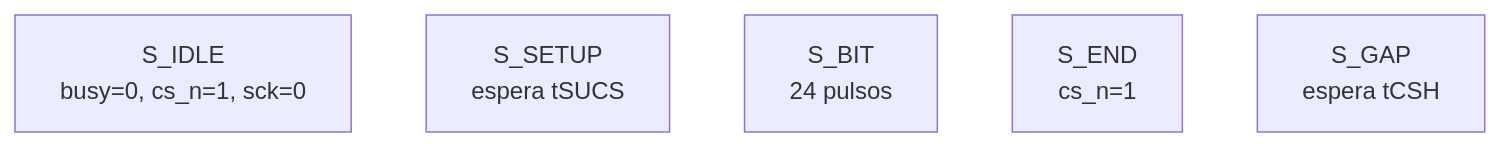
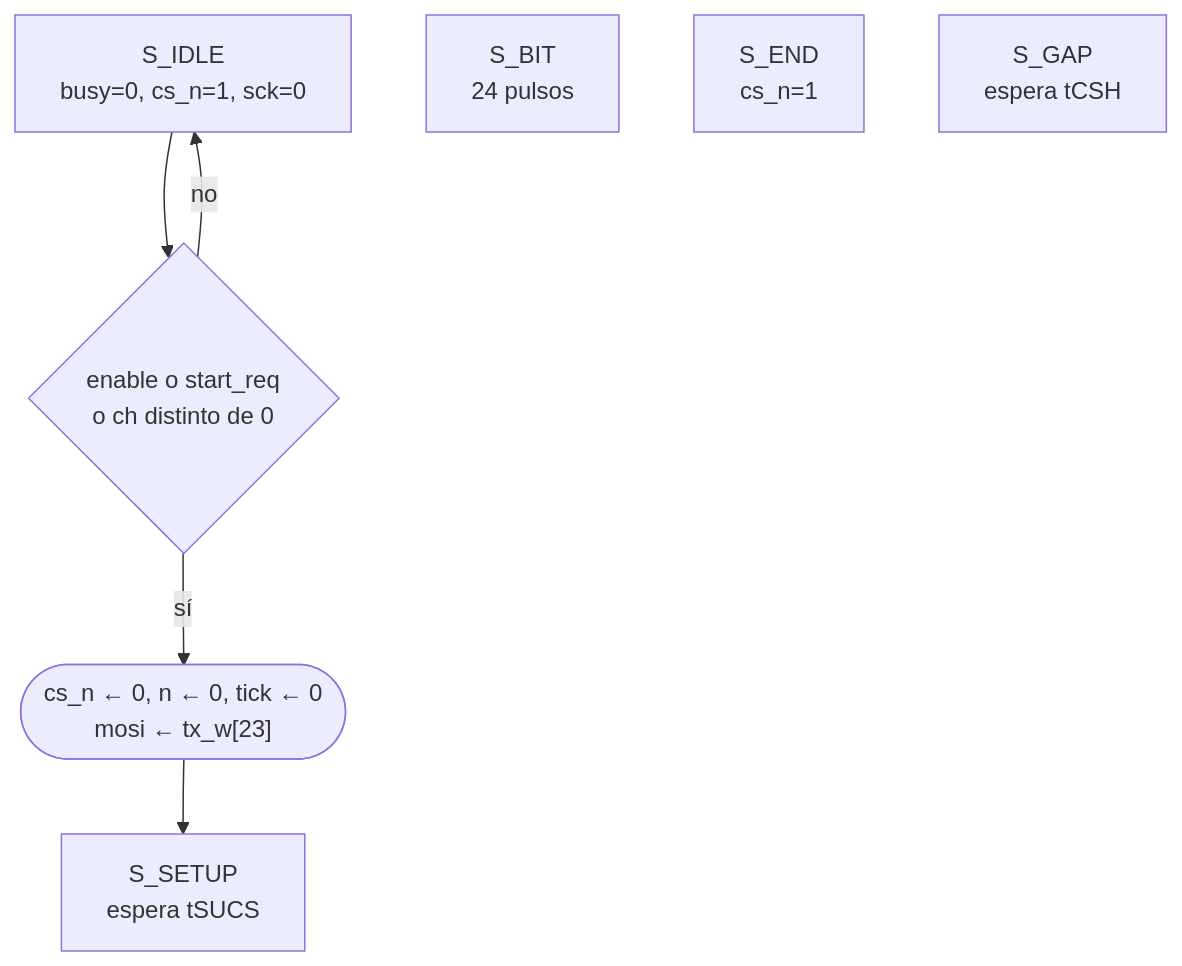
The diagram in grupo2-joystick/README.md (wwilchesc/Proyecto-Final-Digital-Grupo-10), drawn with Mermaid before and after one commit.

````diff
--- a/grupo2-joystick/README.md
+++ b/grupo2-joystick/README.md
@@ -378,8 +378,11 @@
 ```mermaid
 flowchart TD
     S0["S_IDLE<br/>busy=0, cs_n=1, sck=0"]
     S1["S_SETUP<br/>espera tSUCS"]
     S2["S_BIT<br/>24 pulsos"]
     S3["S_END<br/>cs_n=1"]
     S4["S_GAP<br/>espera tCSH"]
+    S0 --> D0{"enable o start_req<br/>o ch distinto de 0"}
+    D0 -- no --> S0
+    D0 -- sí --> O0(["cs_n ← 0, n ← 0, tick ← 0<br/>mosi ← tx_w[23]"]) --> S1
  ```
````
